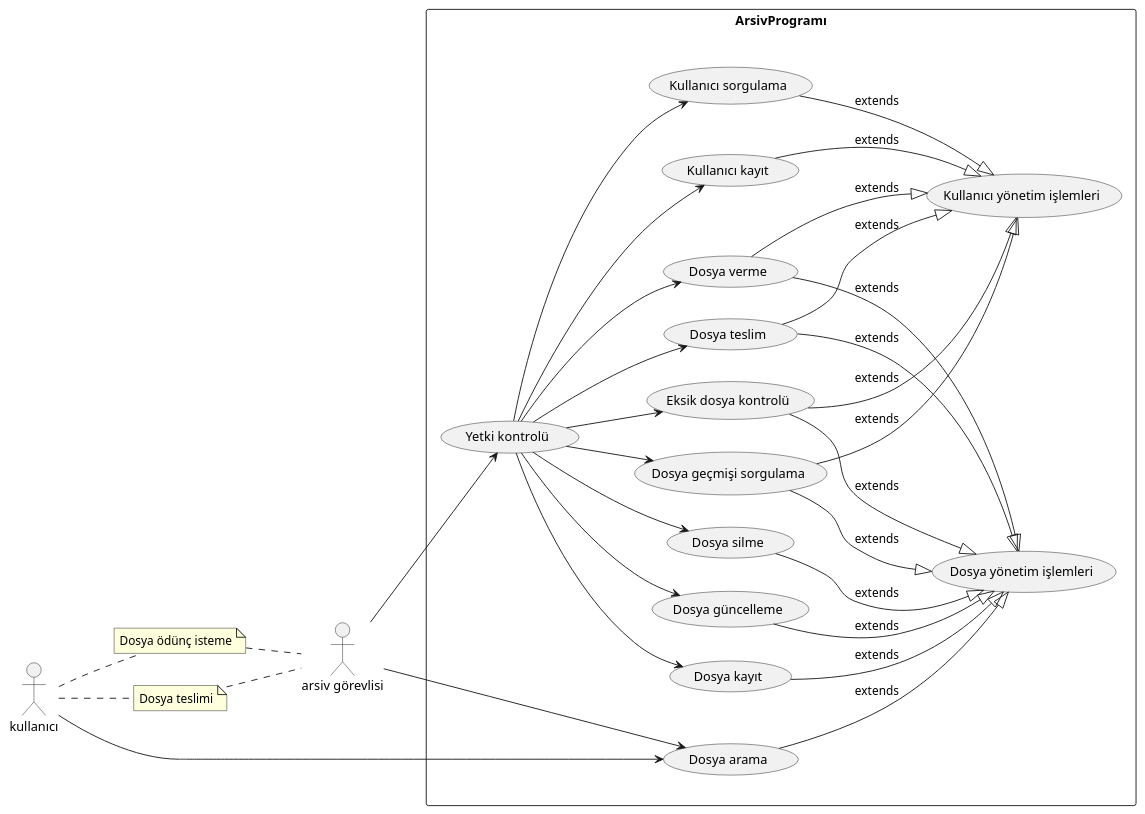
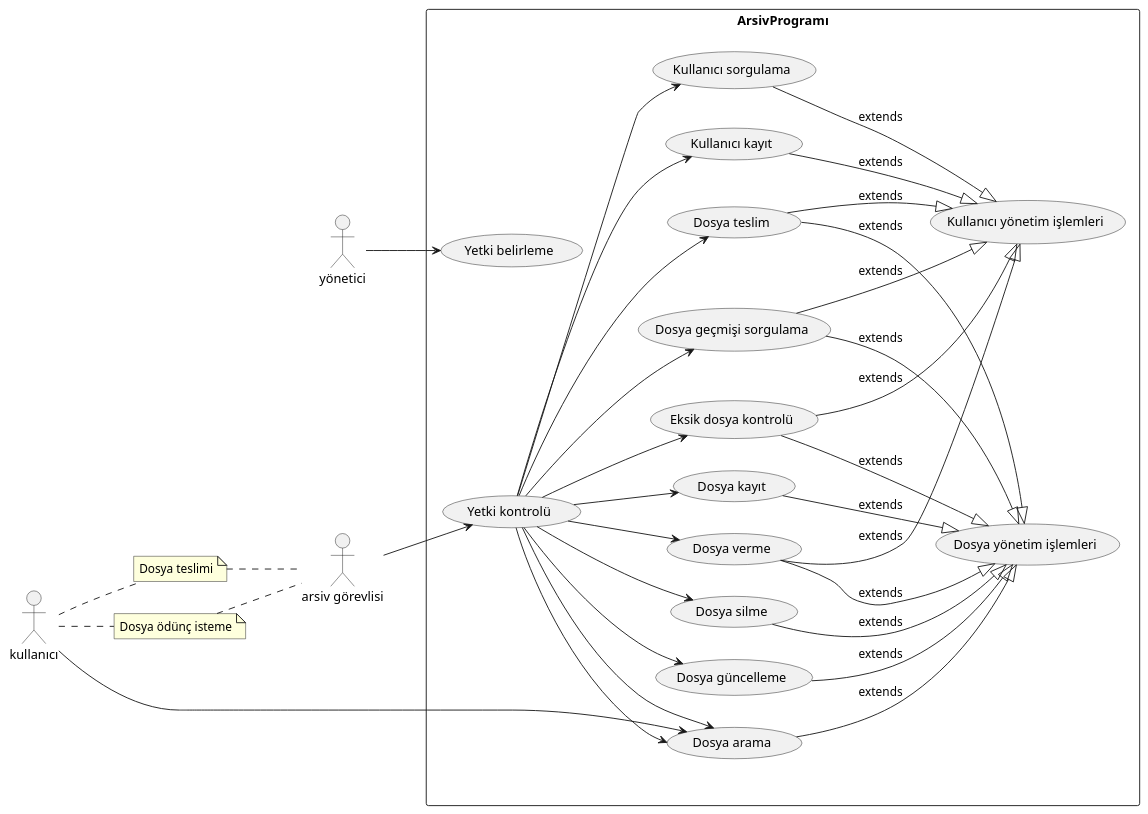
The diagram in src/main/resources/uml/useCase.puml (ipa-mosit/ARSIV-AMS2), drawn with PlantUML before and after one commit.

Commit message:
use-case diagram update

```diff
--- a/src/main/resources/uml/useCase.puml
+++ b/src/main/resources/uml/useCase.puml
@@ -1,59 +1,61 @@
 @startuml
 left to right direction
 /' skinparam packageStyle rectangle '/
 actor "arsiv görevlisi"as argör
 /' actor argör '/
 actor kullanıcı
+actor yönetici as SU
 
 /' together{ '/
 /' } '/
 note "Dosya ödünç isteme" as DOI
 note "Dosya teslimi" as DT
 kullanıcı .. DT
 DT .. argör
 kullanıcı .. DOI
 DOI .. argör
 rectangle ArsivProgramı {
 
 /' (Dosya verme/alma) '/
 /' (Dosya alma) '/
 /' (Dosya verme) '/
-(Yetki kontrolü)
+SU-->(Yetki belirleme)
+(Yetki kontrolü) as YK
 kullanıcı-->(Dosya arama)
-argör-->(Yetki kontrolü)
-argör --> (Dosya arama)
-(Yetki kontrolü)--> (Dosya kayıt)
-(Yetki kontrolü)--> (Dosya güncelleme)
-(Yetki kontrolü)--> (Dosya verme)
-(Yetki kontrolü)--> (Dosya silme)
-(Yetki kontrolü)--> (Dosya teslim)
-(Yetki kontrolü)-->(Kullanıcı kayıt)
-(Yetki kontrolü)-->(Kullanıcı sorgulama)
-(Yetki kontrolü)-->(Eksik dosya kontrolü)
-(Yetki kontrolü)-->(Dosya geçmişi sorgulama)
-
+argör-->YK
+YK --> (Dosya arama)
+YK--> (Dosya kayıt)
+YK--> (Dosya güncelleme)
+YK--> (Dosya verme)
+YK--> (Dosya silme)
+YK--> (Dosya teslim)
+YK-->(Kullanıcı kayıt)
+YK-->(Kullanıcı sorgulama)
+YK-->(Eksik dosya kontrolü)
+YK-->(Dosya geçmişi sorgulama)
+YK --> (Dosya arama)
 
 /' argör --> (Kullanıcı yönetim işlemleri) '/
 (Dosya teslim)--|>(Kullanıcı yönetim işlemleri):extends
 (Dosya verme)--|>(Kullanıcı yönetim işlemleri):extends
 (Kullanıcı kayıt)--|>(Kullanıcı yönetim işlemleri):extends
 (Kullanıcı sorgulama)--|>(Kullanıcı yönetim işlemleri):extends
 (Dosya geçmişi sorgulama)--|>(Kullanıcı yönetim işlemleri):extends
 
 (Dosya arama)--|>(Dosya yönetim işlemleri):extends
 (Dosya kayıt)--|>(Dosya yönetim işlemleri):extends
 (Dosya güncelleme)--|>(Dosya yönetim işlemleri):extends
 (Dosya silme)--|>(Dosya yönetim işlemleri):extends
 (Eksik dosya kontrolü)--|>(Dosya yönetim işlemleri):extends
 (Dosya verme)--|>(Dosya yönetim işlemleri):extends
 (Dosya teslim)--|>(Dosya yönetim işlemleri):extends
 (Dosya geçmişi sorgulama)--|>(Dosya yönetim işlemleri):extends
 
 (Eksik dosya kontrolü)--|>(Kullanıcı yönetim işlemleri):extends
 /' right to left direction '/
 /' (Dosya alma)<~~(Dosya verme/alma) : içerir '/
 /' (Dosya verme)<~~(Dosya verme/alma) : içerir '/
 /' :Kullanıcı:---(DOSYA VERME/ALMA) '/
 /' :Kullanıcı:---(DOSYA ARAMA) '/
 }
 @enduml
```
